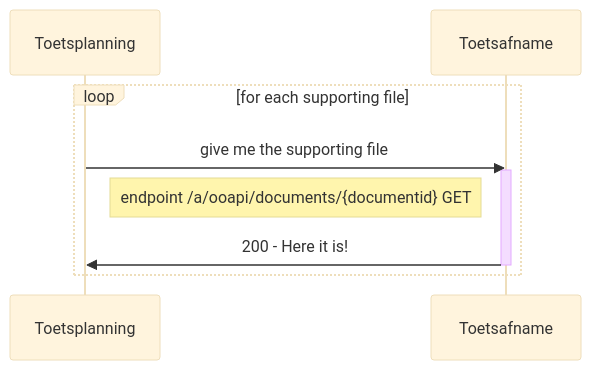
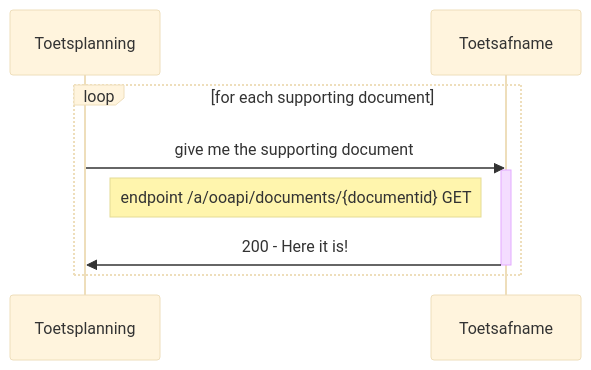
The third of 4 diagrams in doc/diagrams/flow3.md (NetwerkExamineringDigitalisering/NED-OOAPI), drawn with Mermaid (base theme) before and after one commit. The commit also changed other lines of this file, not shown here.

````diff
--- a/doc/diagrams/flow3.md
+++ b/doc/diagrams/flow3.md
@@ -110,13 +112,13 @@
 ```mermaid
 sequenceDiagram
     participant Toetsplanning
     participant Toetsafname
-    loop for each supporting file
-      Toetsplanning->>Toetsafname: give me the supporting file
+    loop for each supporting document
+      Toetsplanning->>Toetsafname: give me the supporting document
       activate Toetsafname
       Note right of Toetsplanning: endpoint /a/ooapi/documents/{documentid} GET
       Toetsafname->>Toetsplanning: 200 - Here it is!
       deactivate Toetsafname
    end
 
 ```
````
